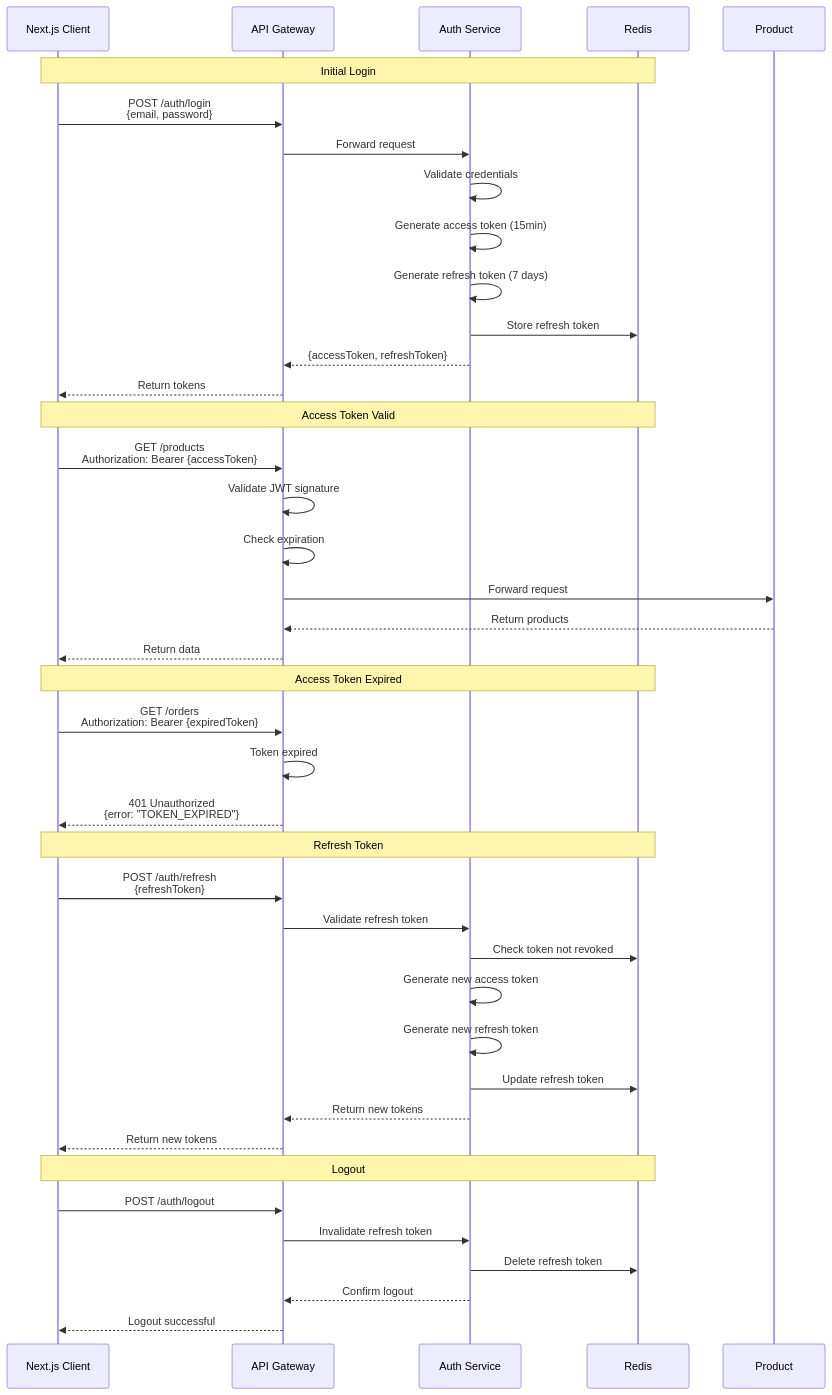
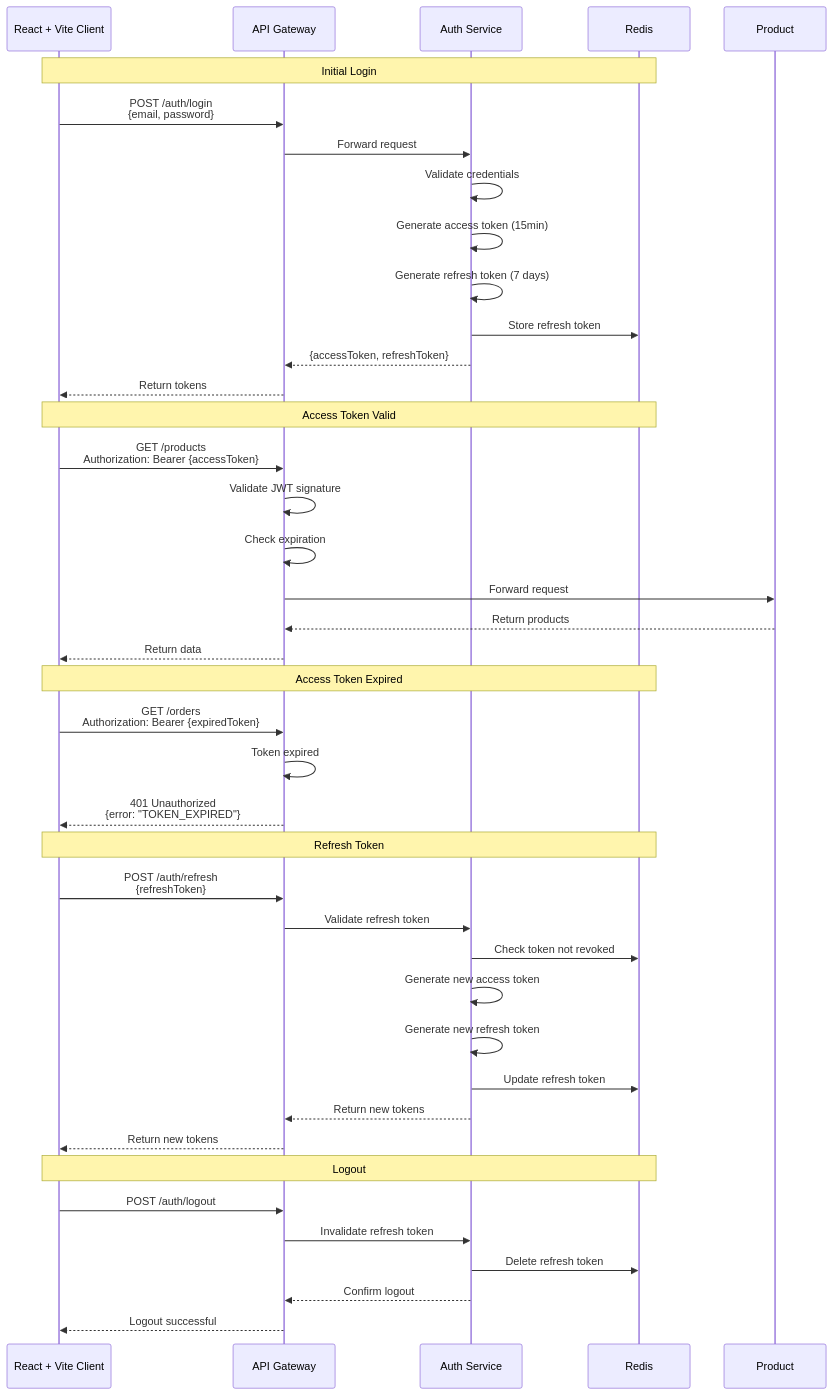
Diagram 18 of 19 in docs/SYSTEM_DESIGN.md (rifatbond007/Ecommerce-Microservices-Platform), drawn with Mermaid before and after one commit. The commit also changed other lines of this file and 3 other files, not shown here.

Commit message:
docs: update frontend references from Next.js to React + Vite

````diff
--- a/docs/SYSTEM_DESIGN.md
+++ b/docs/SYSTEM_DESIGN.md
@@ -1895,48 +1895,48 @@
 ```mermaid
 sequenceDiagram
-    participant Client as Next.js Client
+    participant Client as React + Vite Client
     participant Gateway as API Gateway
     participant Auth as Auth Service
     participant Redis as Redis
 
     Note over Client,Redis: Initial Login
     Client->>Gateway: POST /auth/login<br/>{email, password}
     Gateway->>Auth: Forward request
     Auth->>Auth: Validate credentials
     Auth->>Auth: Generate access token (15min)
     Auth->>Auth: Generate refresh token (7 days)
     Auth->>Redis: Store refresh token
     Auth-->>Gateway: {accessToken, refreshToken}
     Gateway-->>Client: Return tokens
     
     Note over Client,Redis: Access Token Valid
     Client->>Gateway: GET /products<br/>Authorization: Bearer {accessToken}
     Gateway->>Gateway: Validate JWT signature
     Gateway->>Gateway: Check expiration
     Gateway->>Product: Forward request
     Product-->>Gateway: Return products
     Gateway-->>Client: Return data
     
     Note over Client,Redis: Access Token Expired
     Client->>Gateway: GET /orders<br/>Authorization: Bearer {expiredToken}
     Gateway->>Gateway: Token expired
     
     Gateway-->>Client: 401 Unauthorized<br/>{error: "TOKEN_EXPIRED"}
     
     Note over Client,Redis: Refresh Token
     Client->>Gateway: POST /auth/refresh<br/>{refreshToken}
     Gateway->>Auth: Validate refresh token
     Auth->>Redis: Check token not revoked
     Auth->>Auth: Generate new access token
     Auth->>Auth: Generate new refresh token
     Auth->>Redis: Update refresh token
     Auth-->>Gateway: Return new tokens
     Gateway-->>Client: Return new tokens
     
     Note over Client,Redis: Logout
     Client->>Gateway: POST /auth/logout
     Gateway->>Auth: Invalidate refresh token
     Auth->>Redis: Delete refresh token
     Auth-->>Gateway: Confirm logout
     Gateway-->>Client: Logout successful
 ```
````
